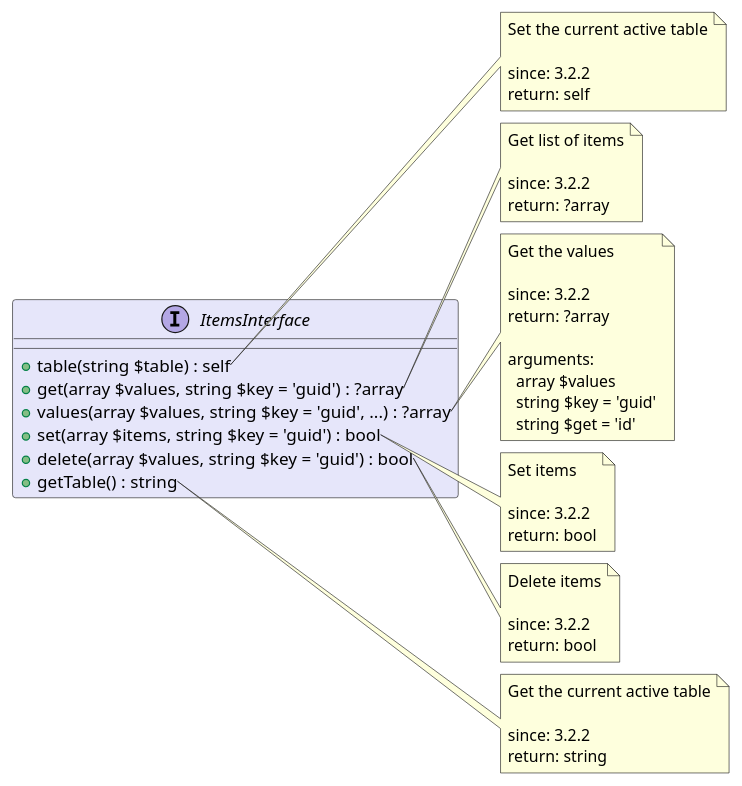
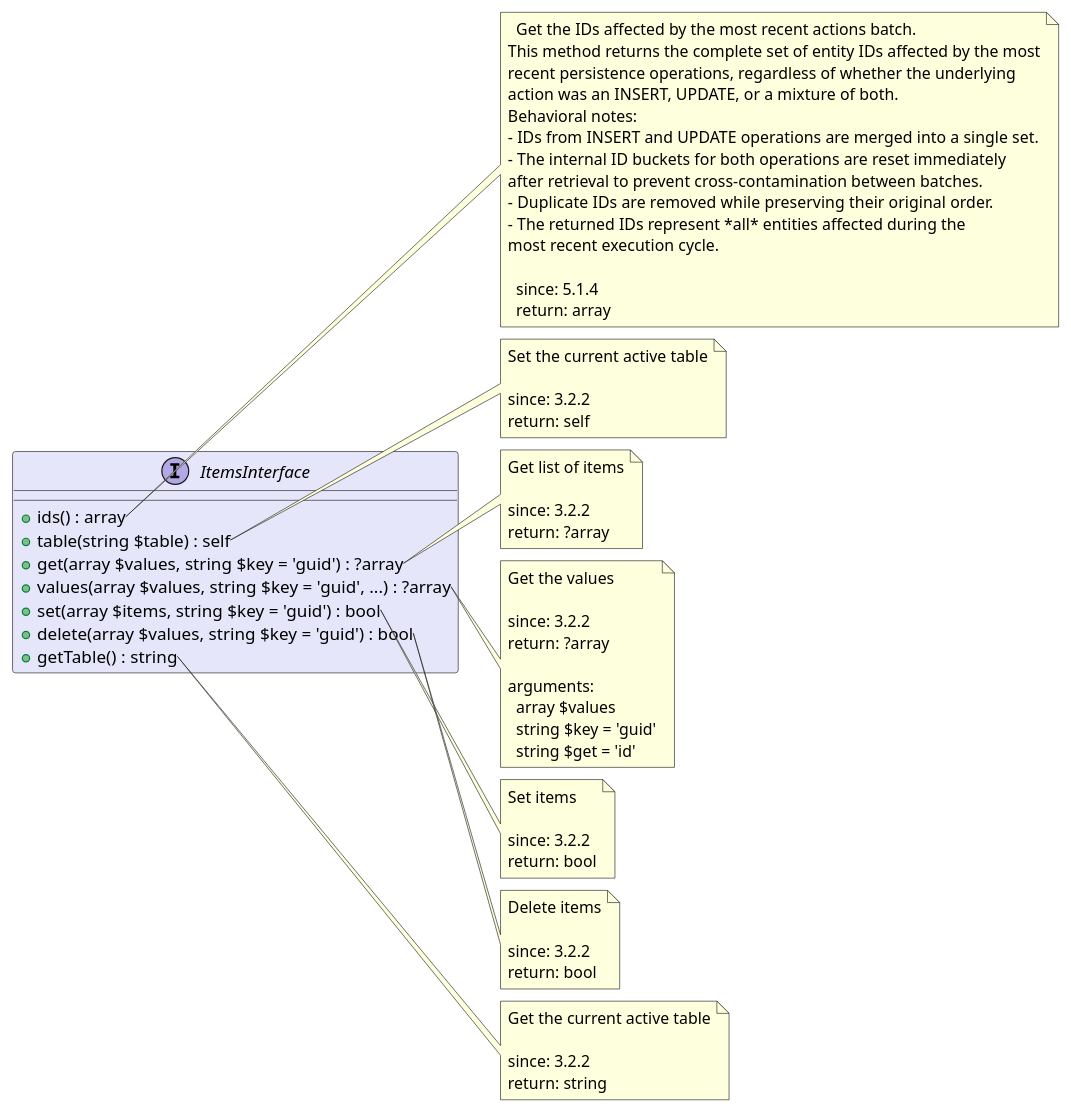
One commit to joomengine/super-powers changed the diagram in src/7212e4db-371f-4cfd-8122-32e9bb100d83/README.md. Above: the diagram before and after it, drawn with PlantUML. The commit also changed 115 other files, not shown here.

````diff
--- a/src/7212e4db-371f-4cfd-8122-32e9bb100d83/README.md
+++ b/src/7212e4db-371f-4cfd-8122-32e9bb100d83/README.md
@@ -5,61 +5,79 @@
 ```uml
 @startuml
 
 interface ItemsInterface  #Lavender {
+  + ids() : array
   + table(string $table) : self
   + get(array $values, string $key = 'guid') : ?array
   + values(array $values, string $key = 'guid', ...) : ?array
   + set(array $items, string $key = 'guid') : bool
   + delete(array $values, string $key = 'guid') : bool
   + getTable() : string
 }
+
+note right of ItemsInterface::ids
+  Get the IDs affected by the most recent actions batch.
+This method returns the complete set of entity IDs affected by the most
+recent persistence operations, regardless of whether the underlying
+action was an INSERT, UPDATE, or a mixture of both.
+Behavioral notes:
+- IDs from INSERT and UPDATE operations are merged into a single set.
+- The internal ID buckets for both operations are reset immediately
+after retrieval to prevent cross-contamination between batches.
+- Duplicate IDs are removed while preserving their original order.
+- The returned IDs represent *all* entities affected during the
+most recent execution cycle.
+
+  since: 5.1.4
+  return: array
+end note
 
 note right of ItemsInterface::table
   Set the current active table
 
   since: 3.2.2
   return: self
 end note
 
 note right of ItemsInterface::get
   Get list of items
 
   since: 3.2.2
   return: ?array
 end note
 
 note right of ItemsInterface::values
   Get the values
 
   since: 3.2.2
   return: ?array
   
   arguments:
     array $values
     string $key = 'guid'
     string $get = 'id'
 end note
 
 note right of ItemsInterface::set
   Set items
 
   since: 3.2.2
   return: bool
 end note
 
 note right of ItemsInterface::delete
   Delete items
 
   since: 3.2.2
   return: bool
 end note
 
 note right of ItemsInterface::getTable
   Get the current active table
 
   since: 3.2.2
   return: string
 end note
 
 @enduml
 ```
````
